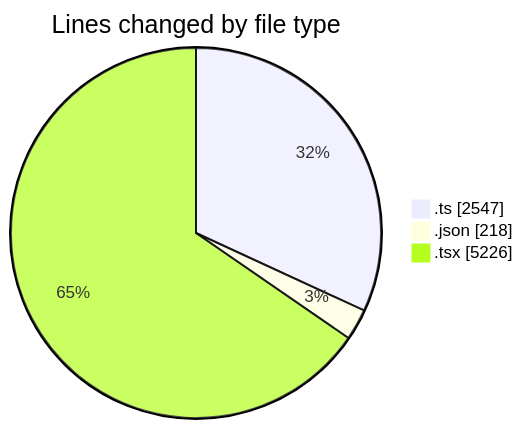
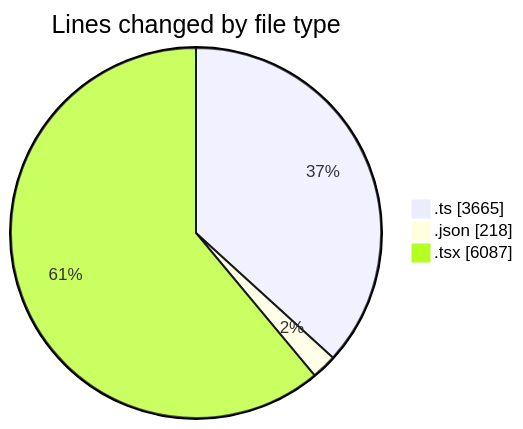
One commit to nxtqubesakshisongat/code-tracking changed the first of 2 diagrams in 2026-03-16/nxtqube_webapp/README.md. Above: the diagram before and after it, drawn with Mermaid. The commit also changed other lines of this file and 1 other file, not shown here.

````diff
--- a/2026-03-16/nxtqube_webapp/README.md
+++ b/2026-03-16/nxtqube_webapp/README.md
@@ -31,7 +41,7 @@
 ```mermaid
 pie showData
 title Lines changed by file type
-".ts" : 2547
+".ts" : 3665
 ".json" : 218
-".tsx" : 5226
+".tsx" : 6087
 ```
````
